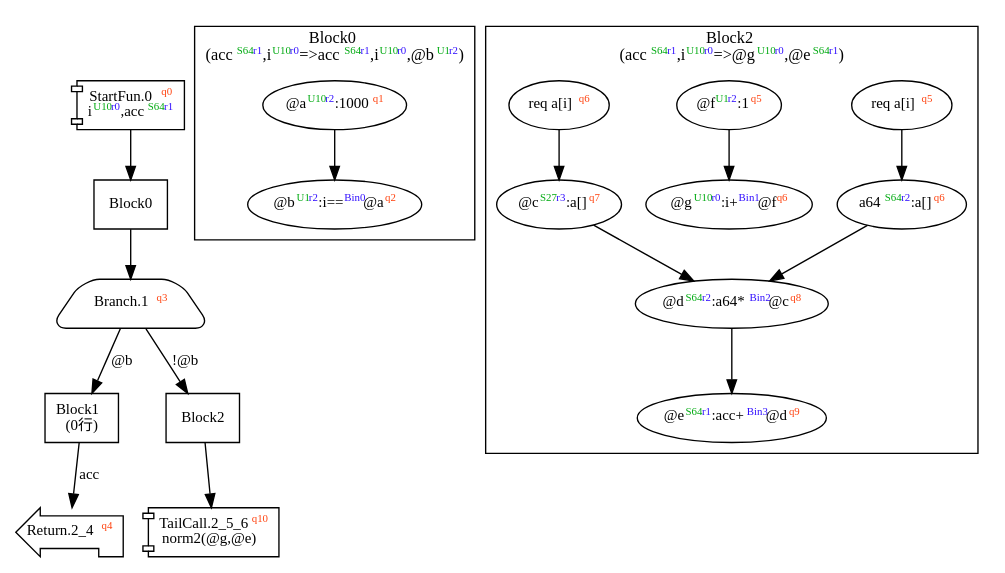
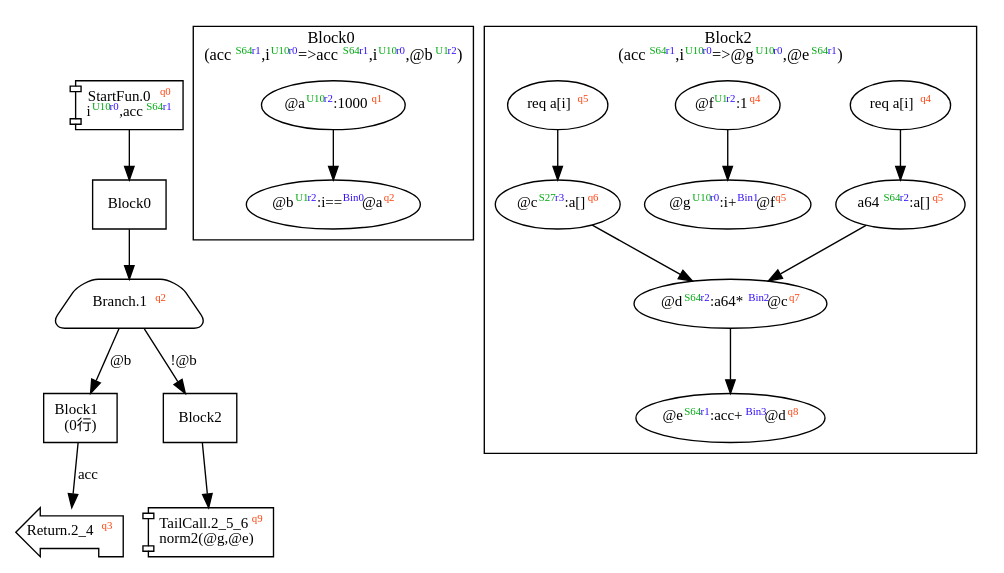
The diagram in dist/norm2.dot (akouryy/SyntheScala), drawn with Graphviz before and after one commit. The commit also changed 24 other files, not shown here.

Commit message:
Remove Jump.Branch-occupied state

```diff
--- a/dist/norm2.dot
+++ b/dist/norm2.dot
@@ -1,46 +1,46 @@
 digraph Program_ {
   graph [fontname = "Monaco", fontsize = 12, ranksep = 0.5];
   node [shape = box, fontname = "Monaco", fontsize = 11; colorscheme = pastel19];
   edge [fontname = "Monaco", fontsize = 11; colorscheme = pastel19];
   Jump0[label = <StartFun.0<font color="#ff4411" point-size="8"><sup>q0</sup></font><br/>i<font color="#00aa11" point-size="8"><sup>U10</sup></font><font color="#3311ff" point-size="8"><sup>r0</sup></font>,acc<font color="#00aa11" point-size="8"><sup>S64</sup></font><font color="#3311ff" point-size="8"><sup>r1</sup></font>>; shape = component];
   Jump0 -> Block0;
   Jump1[
-    label = <Branch.1<font color="#ff4411" point-size="8"><sup>q3</sup></font>>;
+    label = <Branch.1<font color="#ff4411" point-size="8"><sup>q2</sup></font>>;
     shape = trapezium; style = rounded;
   ];
   Block0 -> Jump1;
   Jump1 -> Block1 [label="@b"];
   Jump1 -> Block2 [label="!@b"];
-  Jump2_4[label = <Return.2_4<font color="#ff4411" point-size="8"><sup>q4</sup></font>>; shape = lpromoter];
+  Jump2_4[label = <Return.2_4<font color="#ff4411" point-size="8"><sup>q3</sup></font>>; shape = lpromoter];
   Block1 -> Jump2_4 [label="acc"];
-  Jump2_5_6[label = <TailCall.2_5_6<font color="#ff4411" point-size="8"><sup>q10</sup></font><br/>norm2(@g,@e)>; shape = component];
+  Jump2_5_6[label = <TailCall.2_5_6<font color="#ff4411" point-size="8"><sup>q9</sup></font><br/>norm2(@g,@e)>; shape = component];
   Block2 -> Jump2_5_6;
   Block0 [label = "Block0"];
   Block1 [label = "Block1\l(0行)"];
   Block2 [label = "Block2"];
   subgraph cluster_dfg_Block0 {
     node [shape = oval];
     label = <Block0<br/>(acc<font color="#00aa11" point-size="8"><sup>S64</sup></font><font color="#3311ff" point-size="8"><sup>r1</sup></font>,i<font color="#00aa11" point-size="8"><sup>U10</sup></font><font color="#3311ff" point-size="8"><sup>r0</sup></font>=&gt;acc<font color="#00aa11" point-size="8"><sup>S64</sup></font><font color="#3311ff" point-size="8"><sup>r1</sup></font>,i<font color="#00aa11" point-size="8"><sup>U10</sup></font><font color="#3311ff" point-size="8"><sup>r0</sup></font>,@b<font color="#00aa11" point-size="8"><sup>U1</sup></font><font color="#3311ff" point-size="8"><sup>r2</sup></font>)>;
     0 [label=<@a<font color="#00aa11" point-size="8"><sup>U10</sup></font><font color="#3311ff" point-size="8"><sup>r2</sup></font>:1000<font color="#ff4411" point-size="8"><sup>q1</sup></font>>];
     1 [label=<@b<font color="#00aa11" point-size="8"><sup>U1</sup></font><font color="#3311ff" point-size="8"><sup>r2</sup></font>:i==<font color="#3311ff" point-size="8"><sup>Bin0</sup></font>@a<font color="#ff4411" point-size="8"><sup>q2</sup></font>>];
     0 -> 1;
   }
   subgraph cluster_dfg_Block2 {
     node [shape = oval];
     label = <Block2<br/>(acc<font color="#00aa11" point-size="8"><sup>S64</sup></font><font color="#3311ff" point-size="8"><sup>r1</sup></font>,i<font color="#00aa11" point-size="8"><sup>U10</sup></font><font color="#3311ff" point-size="8"><sup>r0</sup></font>=&gt;@g<font color="#00aa11" point-size="8"><sup>U10</sup></font><font color="#3311ff" point-size="8"><sup>r0</sup></font>,@e<font color="#00aa11" point-size="8"><sup>S64</sup></font><font color="#3311ff" point-size="8"><sup>r1</sup></font>)>;
-    5 [label=<@c<font color="#00aa11" point-size="8"><sup>S27</sup></font><font color="#3311ff" point-size="8"><sup>r3</sup></font>:a[]<font color="#ff4411" point-size="8"><sup>q7</sup></font>>];
-    6 [label=<@d<font color="#00aa11" point-size="8"><sup>S64</sup></font><font color="#3311ff" point-size="8"><sup>r2</sup></font>:a64*<font color="#3311ff" point-size="8"><sup>Bin2</sup></font>@c<font color="#ff4411" point-size="8"><sup>q8</sup></font>>];
-    9 [label=<@g<font color="#00aa11" point-size="8"><sup>U10</sup></font><font color="#3311ff" point-size="8"><sup>r0</sup></font>:i+<font color="#3311ff" point-size="8"><sup>Bin1</sup></font>@f<font color="#ff4411" point-size="8"><sup>q6</sup></font>>];
-    2 [label=<req a[i]<font color="#ff4411" point-size="8"><sup>q5</sup></font>>];
-    7 [label=<@e<font color="#00aa11" point-size="8"><sup>S64</sup></font><font color="#3311ff" point-size="8"><sup>r1</sup></font>:acc+<font color="#3311ff" point-size="8"><sup>Bin3</sup></font>@d<font color="#ff4411" point-size="8"><sup>q9</sup></font>>];
-    3 [label=<a64<font color="#00aa11" point-size="8"><sup>S64</sup></font><font color="#3311ff" point-size="8"><sup>r2</sup></font>:a[]<font color="#ff4411" point-size="8"><sup>q6</sup></font>>];
-    8 [label=<@f<font color="#00aa11" point-size="8"><sup>U1</sup></font><font color="#3311ff" point-size="8"><sup>r2</sup></font>:1<font color="#ff4411" point-size="8"><sup>q5</sup></font>>];
-    4 [label=<req a[i]<font color="#ff4411" point-size="8"><sup>q6</sup></font>>];
+    5 [label=<@c<font color="#00aa11" point-size="8"><sup>S27</sup></font><font color="#3311ff" point-size="8"><sup>r3</sup></font>:a[]<font color="#ff4411" point-size="8"><sup>q6</sup></font>>];
+    6 [label=<@d<font color="#00aa11" point-size="8"><sup>S64</sup></font><font color="#3311ff" point-size="8"><sup>r2</sup></font>:a64*<font color="#3311ff" point-size="8"><sup>Bin2</sup></font>@c<font color="#ff4411" point-size="8"><sup>q7</sup></font>>];
+    9 [label=<@g<font color="#00aa11" point-size="8"><sup>U10</sup></font><font color="#3311ff" point-size="8"><sup>r0</sup></font>:i+<font color="#3311ff" point-size="8"><sup>Bin1</sup></font>@f<font color="#ff4411" point-size="8"><sup>q5</sup></font>>];
+    2 [label=<req a[i]<font color="#ff4411" point-size="8"><sup>q4</sup></font>>];
+    7 [label=<@e<font color="#00aa11" point-size="8"><sup>S64</sup></font><font color="#3311ff" point-size="8"><sup>r1</sup></font>:acc+<font color="#3311ff" point-size="8"><sup>Bin3</sup></font>@d<font color="#ff4411" point-size="8"><sup>q8</sup></font>>];
+    3 [label=<a64<font color="#00aa11" point-size="8"><sup>S64</sup></font><font color="#3311ff" point-size="8"><sup>r2</sup></font>:a[]<font color="#ff4411" point-size="8"><sup>q5</sup></font>>];
+    8 [label=<@f<font color="#00aa11" point-size="8"><sup>U1</sup></font><font color="#3311ff" point-size="8"><sup>r2</sup></font>:1<font color="#ff4411" point-size="8"><sup>q4</sup></font>>];
+    4 [label=<req a[i]<font color="#ff4411" point-size="8"><sup>q5</sup></font>>];
     3 -> 6;
     5 -> 6;
     6 -> 7;
     8 -> 9;
     2 -> 3 [style = solid];
     4 -> 5 [style = solid];
   }
 }
```
